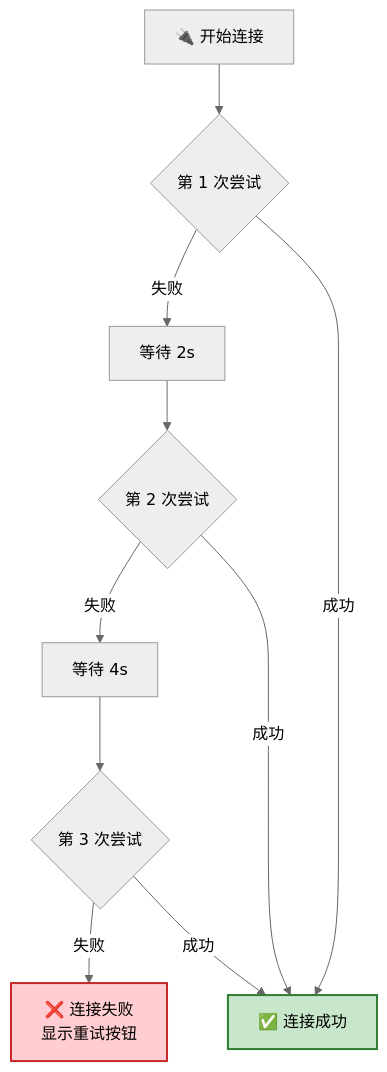
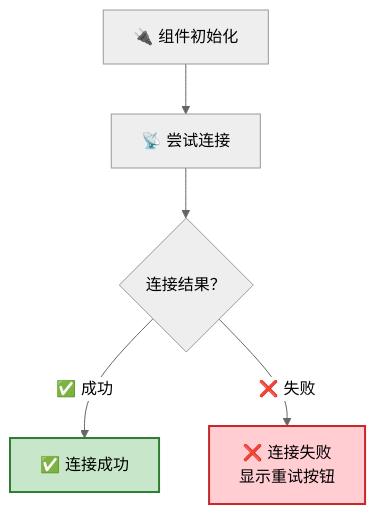
The sixth of 7 diagrams in src/content/docs/integration/component-api.md (rtc-agent/docs), drawn with Mermaid (neutral theme) before and after one commit. The commit also changed other lines of this file and 1 other file, not shown here.

````diff
--- a/src/content/docs/integration/component-api.md
+++ b/src/content/docs/integration/component-api.md
@@ -478,15 +476,10 @@
 ```mermaid
 flowchart TD
-    A["🔌 开始连接"] --> B{"第 1 次尝试"}
-    B -->|"失败"| C["等待 2s"]
-    C --> D{"第 2 次尝试"}
-    D -->|"失败"| E["等待 4s"]
-    E --> F{"第 3 次尝试"}
-    F -->|"失败"| G["❌ 连接失败<br/>显示重试按钮"]
-    F -->|"成功"| H["✅ 连接成功"]
-    B -->|"成功"| H
-    D -->|"成功"| H
+    A["🔌 组件初始化"] --> B["📡 尝试连接"]
+    B --> C{"连接结果？"}
+    C -->|"✅ 成功"| D["✅ 连接成功"]
+    C -->|"❌ 失败"| E["❌ 连接失败<br/>显示重试按钮"]
 
-    style G fill:#ffcdd2,stroke:#c62828,stroke-width:2px
-    style H fill:#c8e6c9,stroke:#2e7d32,stroke-width:2px
+    style D fill:#c8e6c9,stroke:#2e7d32,stroke-width:2px
+    style E fill:#ffcdd2,stroke:#c62828,stroke-width:2px
 ```
````
